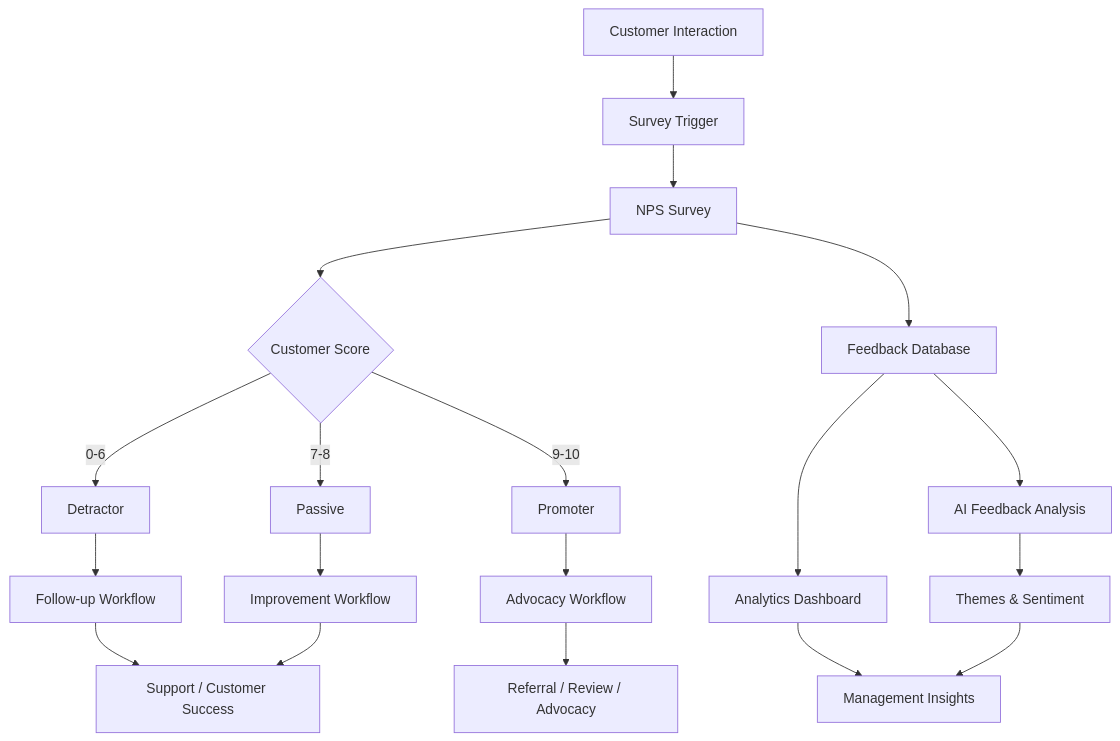
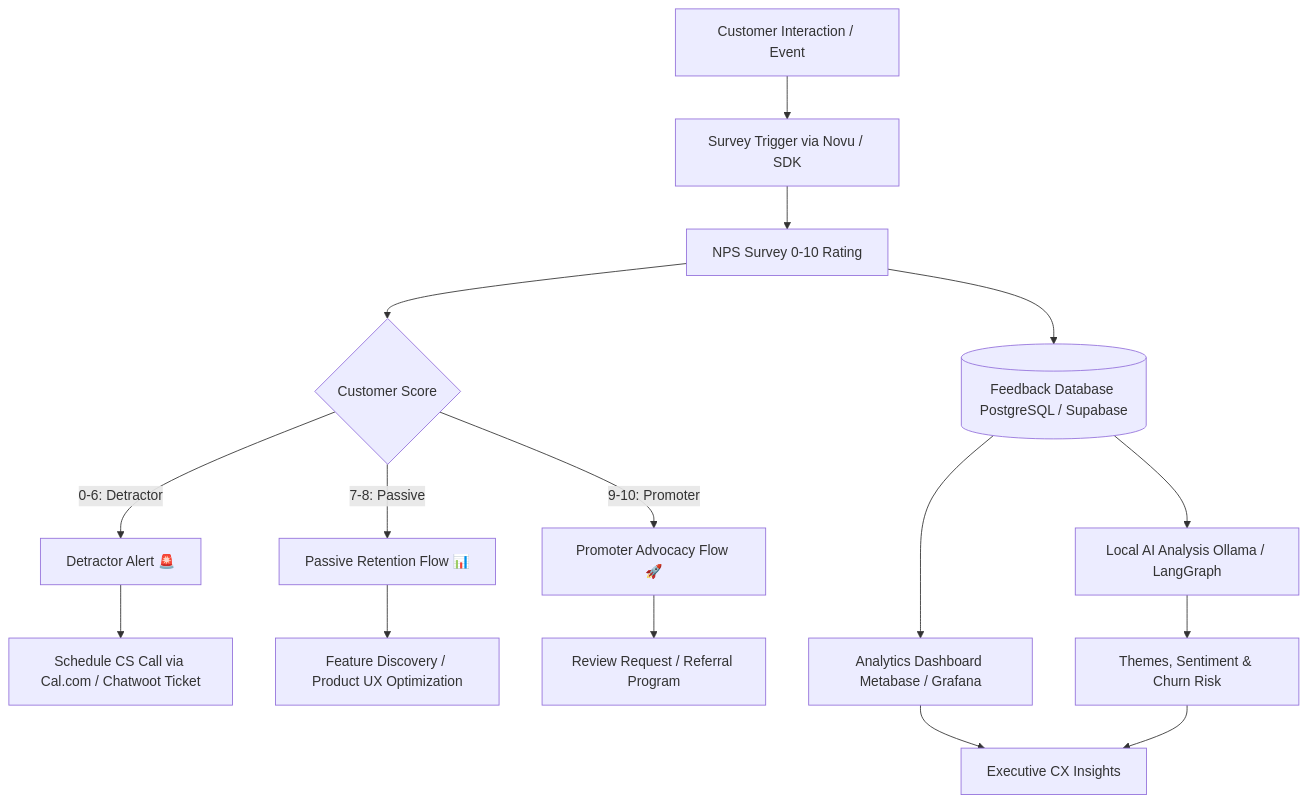
Before and after one commit to ishandutta2007/Awesome-Net-Promoter-Score-Platform: the first of 2 diagrams in README.md, drawn with Mermaid. The commit also changed other lines of this file and 1 other file, not shown here.

Commit message:
Enhance README with SaaS valuation sorting, market analysis, open source star badges, dynamic SVG banner, SEO and star history

````diff
--- a/README.md
+++ b/README.md
@@ -552,51 +344,22 @@
 ```mermaid
-
 flowchart TD
-
-    A[Customer Interaction] --> B[Survey Trigger]
-
-    B --> C[NPS Survey]
-
+    A[Customer Interaction / Event] --> B[Survey Trigger via Novu / SDK]
+    B --> C[NPS Survey 0-10 Rating]
     C --> D{Customer Score}
 
+    D -->|0-6: Detractor| E[Detractor Alert 🚨]
+    D -->|7-8: Passive| F[Passive Retention Flow 📊]
+    D -->|9-10: Promoter| G[Promoter Advocacy Flow 🚀]
 
+    E --> H[Schedule CS Call via Cal.com / Chatwoot Ticket]
+    F --> I[Feature Discovery / Product UX Optimization]
+    G --> J[Review Request / Referral Program]
 
-    D -->|0-6| E[Detractor]
+    C --> M[(Feedback Database PostgreSQL / Supabase)]
+    M --> N[Analytics Dashboard Metabase / Grafana]
+    M --> O[Local AI Analysis Ollama / LangGraph]
 
-    D -->|7-8| F[Passive]
-
-    D -->|9-10| G[Promoter]
-
-
-
-    E --> H[Follow-up Workflow]
-
-    F --> I[Improvement Workflow]
-
-    G --> J[Advocacy Workflow]
-
-
-
-    H --> K[Support / Customer Success]
-
-    I --> K
-
-    J --> L[Referral / Review / Advocacy]
-
-
-
-    C --> M[Feedback Database]
-
-    M --> N[Analytics Dashboard]
-
-    M --> O[AI Feedback Analysis]
-
-
-
-    O --> P[Themes & Sentiment]
-
-    N --> Q[Management Insights]
-
+    O --> P[Themes, Sentiment & Churn Risk]
+    N --> Q[Executive CX Insights]
     P --> Q
-
 ```
````
